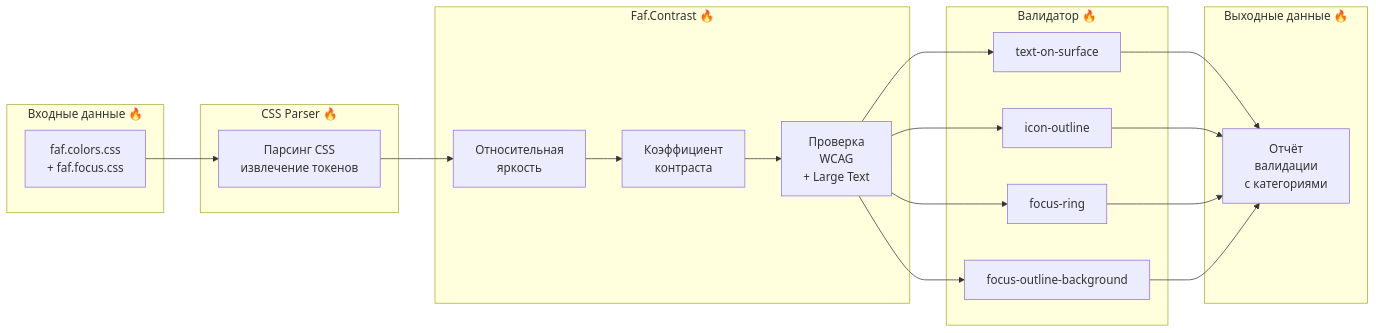
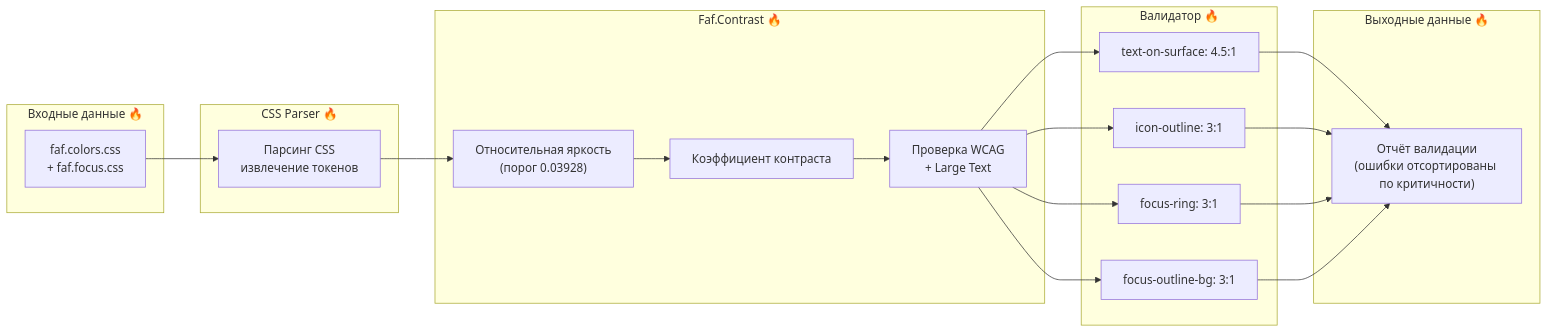
One commit to Kotrecon/faf-design-system changed the third of 4 diagrams in packages/contrast/README.ru.md. Above: the diagram before and after it, drawn with Mermaid. The commit also changed other lines of this file and 17 other files, not shown here.

First line of the commit message:
feat(contrast): implement WCAG contrast validation, robust parsing, and interactive viewer

````diff
--- a/packages/contrast/README.ru.md
+++ b/packages/contrast/README.ru.md
@@ -82,26 +84,26 @@
 ```mermaid
 flowchart LR
     subgraph "Входные данные 🔥"
         CSS[faf.colors.css<br/>+ faf.focus.css]
     end
     subgraph "CSS Parser 🔥"
         PARSE[Парсинг CSS<br/>извлечение токенов]
     end
     subgraph "Faf.Contrast 🔥"
-        LUM[Относительная<br/>яркость]
-        CONTRAST[Коэффициент<br/>контраста]
-        CHECK[Проверка<br/>WCAG<br/>+ Large Text]
+        LUM["Относительная яркость<br/>(порог 0.03928)"]
+        CONTRAST[Коэффициент контраста]
+        CHECK[Проверка WCAG<br/>+ Large Text]
     end
     subgraph "Валидатор 🔥"
-        CAT1[text-on-surface]
-        CAT2[icon-outline]
-        CAT3[focus-ring]
-        CAT4[focus-outline-background]
+        CAT1[text-on-surface: 4.5:1]
+        CAT2[icon-outline: 3:1]
+        CAT3[focus-ring: 3:1]
+        CAT4[focus-outline-bg: 3:1]
     end
     subgraph "Выходные данные 🔥"
-        REPORT[Отчёт<br/>валидации<br/>с категориями]
+        REPORT["Отчёт валидации<br/>(ошибки отсортированы по критичности)"]
     end
     CSS --> PARSE --> LUM --> CONTRAST --> CHECK
     CHECK --> CAT1 & CAT2 & CAT3 & CAT4
     CAT1 & CAT2 & CAT3 & CAT4 --> REPORT
 ```
````
